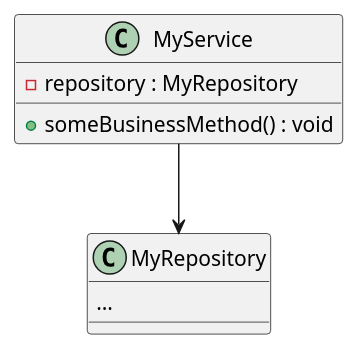
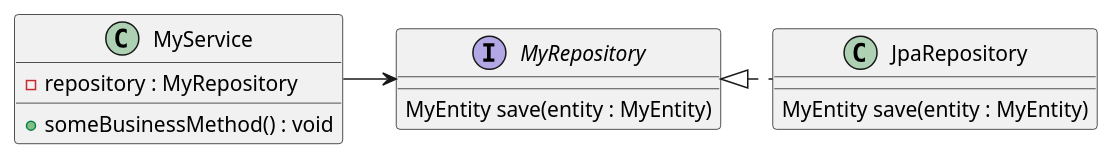
The first of 6 diagrams in spring/index.adoc (odrotbohm/lectures), drawn with PlantUML before and after one commit. The commit also changed other lines of this file and 1 other file, not shown here.

Commit message:
#43 - Improved code and generated diagrams in Spring lecture.

```diff
--- a/spring/index.adoc
+++ b/spring/index.adoc
@@ -110,12 +119,18 @@
-[plantuml]
+[plantuml, components]
 ----
 class MyService {
   -repository : MyRepository
   +someBusinessMethod() : void
 }
-class MyRepository {
-  …
+
+interface MyRepository {
+  MyEntity save(entity : MyEntity)
 }
 
-MyService --> MyRepository
+class JpaRepository {
+  MyEntity save(entity : MyEntity)
+}
+
+MyService -right-> MyRepository
+JpaRepository .left.|> MyRepository
 ----
```
